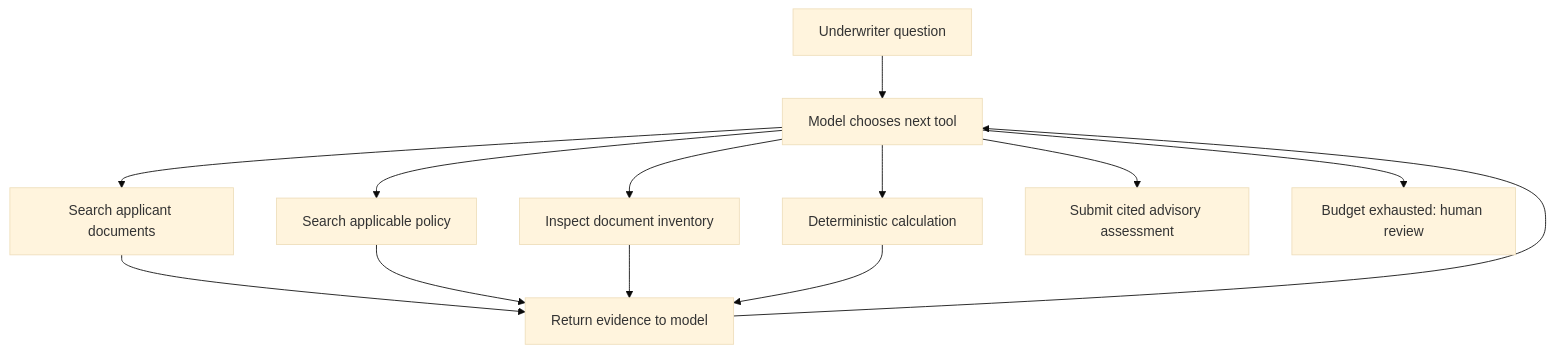
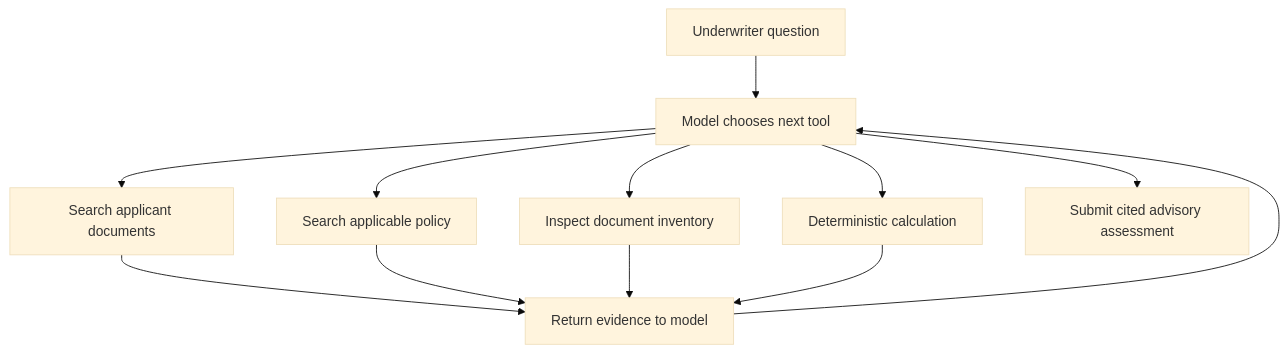
The third of 3 diagrams in README.md (nexttokenlab/loan-underwriting-agentic-rag), drawn with Mermaid (base theme) before and after one commit. The commit also changed other lines of this file, not shown here.

Commit message:
Document system architecture and agent execution boundaries

````diff
--- a/README.md
+++ b/README.md
@@ -30,15 +128,15 @@
 ```mermaid
 flowchart TD
   Q[Underwriter question] --> M[Model chooses next tool]
   M --> D[Search applicant documents]
   M --> P[Search applicable policy]
   M --> I[Inspect document inventory]
   M --> C[Deterministic calculation]
   D --> O[Return evidence to model]
   P --> O
   I --> O
   C --> O
   O --> M
   M --> F[Submit cited advisory assessment]
-  M --> B[Budget exhausted: human review]
+
 ```
````
